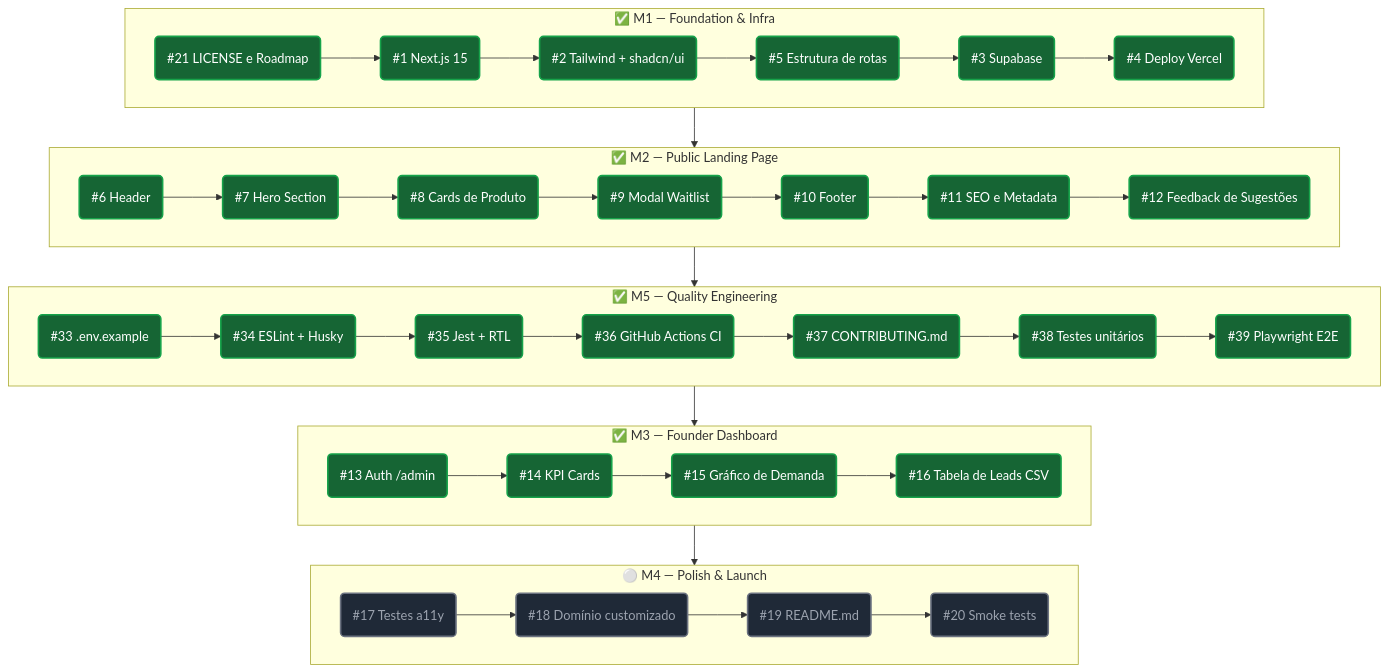
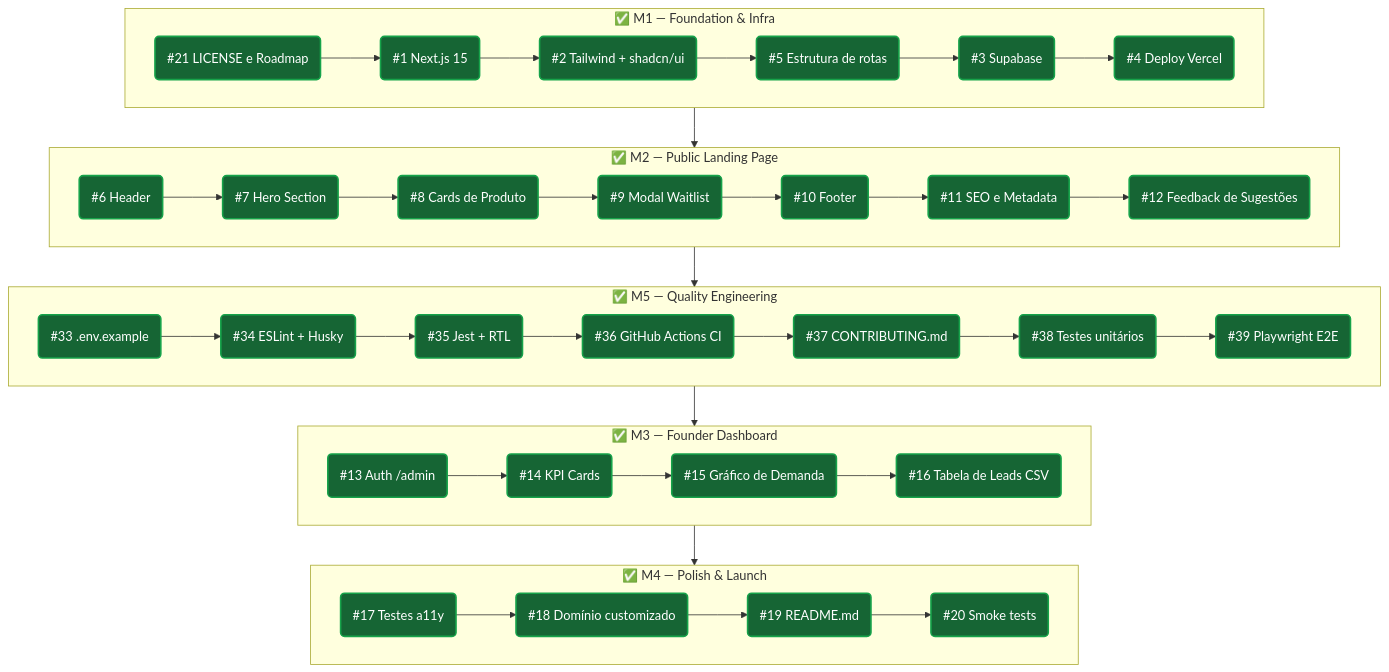
Before and after one commit to CabPiz/kairos-labs: the diagram in ROADMAP.md, drawn with Mermaid. The commit also changed other lines of this file, not shown here.

First line of the commit message:
docs(roadmap): marca M4 como concluído

````diff
--- a/ROADMAP.md
+++ b/ROADMAP.md
@@ -28,35 +28,35 @@
 ```mermaid
 %%{init: {'flowchart': {'curve': 'linear'}}}%%
 flowchart TD
     classDef done fill:#166534,stroke:#16a34a,stroke-width:2px,color:#fff;
     classDef active fill:#1e3a5f,stroke:#3b82f6,stroke-width:2px,color:#fff;
     classDef quality fill:#3b0764,stroke:#8b5cf6,stroke-width:2px,color:#fff;
     classDef planned fill:#1f2937,stroke:#6b7280,stroke-width:2px,color:#9ca3af;
 
     subgraph M1["✅ M1 — Foundation & Infra"]
         direction LR
         i21("#21 LICENSE e Roadmap"):::done --> i1("#1 Next.js 15"):::done --> i2("#2 Tailwind + shadcn/ui"):::done --> i5("#5 Estrutura de rotas"):::done --> i3("#3 Supabase"):::done --> i4("#4 Deploy Vercel"):::done
     end
 
     subgraph M2["✅ M2 — Public Landing Page"]
         direction LR
         i6("#6 Header"):::done --> i7("#7 Hero Section"):::done --> i8("#8 Cards de Produto"):::done --> i9("#9 Modal Waitlist"):::done --> i10("#10 Footer"):::done --> i11("#11 SEO e Metadata"):::done --> i12("#12 Feedback de Sugestões"):::done
     end
 
     subgraph M5["✅ M5 — Quality Engineering"]
         direction LR
         i33("#33 .env.example"):::done --> i34("#34 ESLint + Husky"):::done --> i35("#35 Jest + RTL"):::done --> i36("#36 GitHub Actions CI"):::done --> i37("#37 CONTRIBUTING.md"):::done --> i38("#38 Testes unitários"):::done --> i39("#39 Playwright E2E"):::done
     end
 
     subgraph M3["✅ M3 — Founder Dashboard"]
         direction LR
         i13("#13 Auth /admin"):::done --> i14("#14 KPI Cards"):::done --> i15("#15 Gráfico de Demanda"):::done --> i16("#16 Tabela de Leads CSV"):::done
     end
 
-    subgraph M4["⚪ M4 — Polish & Launch"]
+    subgraph M4["✅ M4 — Polish & Launch"]
         direction LR
-        i17("#17 Testes a11y"):::planned --> i18("#18 Domínio customizado"):::planned --> i19("#19 README.md"):::planned --> i20("#20 Smoke tests"):::planned
+        i17("#17 Testes a11y"):::done --> i18("#18 Domínio customizado"):::done --> i19("#19 README.md"):::done --> i20("#20 Smoke tests"):::done
     end
 
     M1 --> M2 --> M5 --> M3 --> M4
 ```
````
